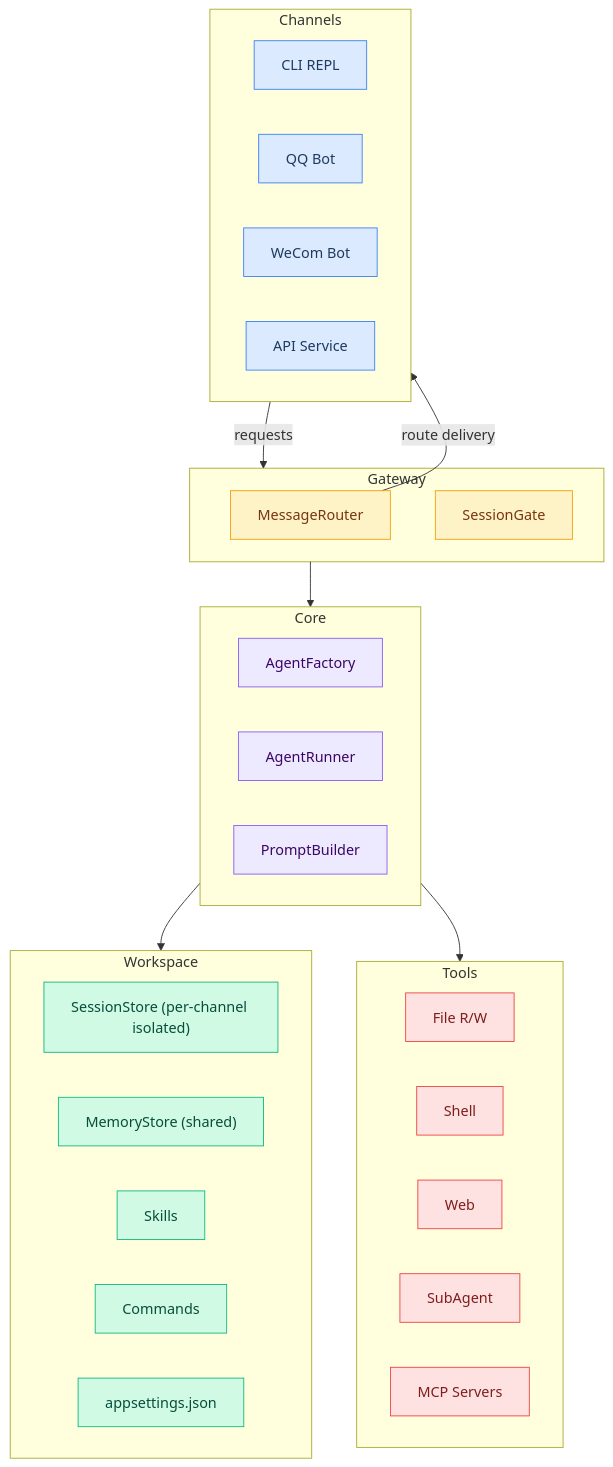
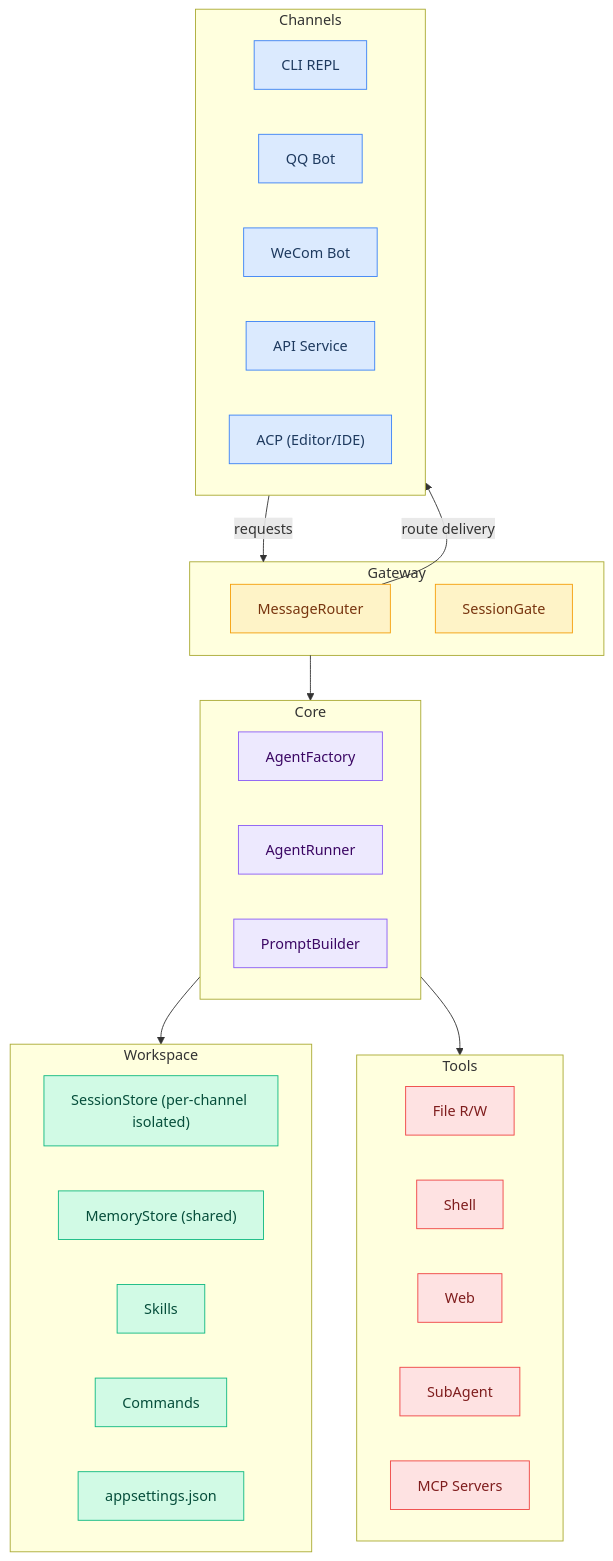
One commit to AkiKurisu/DotBot changed the diagram in README.md. Above: the diagram before and after it, drawn with Mermaid. The commit also changed other lines of this file and 18 other files, not shown here.

First line of the commit message:
feat: add ACP mode integration for editor/IDE support

````diff
--- a/README.md
+++ b/README.md
@@ -52,54 +52,55 @@
 ```mermaid
 flowchart TB
     subgraph channels [Channels]
         CLI[CLI REPL]
         QQ[QQ Bot]
         WeCom[WeCom Bot]
         API[API Service]
+        ACP["ACP (Editor/IDE)"]
     end
 
     subgraph gateway [Gateway]
         MsgRouter[MessageRouter]
         SessGate[SessionGate]
     end
 
     subgraph core [Core]
         AgentFactory[AgentFactory]
         AgentRunner[AgentRunner]
         PromptBuilder[PromptBuilder]
     end
 
     subgraph workspace [Workspace]
         SessionStore["SessionStore (per-channel isolated)"]
         MemoryStore["MemoryStore (shared)"]
         Skills[Skills]
         Commands[Commands]
         Config[appsettings.json]
     end
 
     subgraph tools [Tools]
         FileTools[File R/W]
         ShellTools[Shell]
         WebTools[Web]
         SubAgent[SubAgent]
         MCPServers[MCP Servers]
     end
 
     channels -->|requests| gateway
     gateway --> core
     core --> workspace
     core --> tools
     MsgRouter -->|route delivery| channels
 
     classDef channelStyle fill:#dbeafe,stroke:#3b82f6,color:#1e3a5f
     classDef gatewayStyle fill:#fef3c7,stroke:#f59e0b,color:#78350f
     classDef coreStyle fill:#ede9fe,stroke:#8b5cf6,color:#3b0764
     classDef workspaceStyle fill:#d1fae5,stroke:#10b981,color:#064e3b
     classDef toolStyle fill:#fee2e2,stroke:#ef4444,color:#7f1d1d
 
-    class CLI,QQ,WeCom,API channelStyle
+    class CLI,QQ,WeCom,API,ACP channelStyle
     class MsgRouter,SessGate gatewayStyle
     class AgentFactory,AgentRunner,PromptBuilder coreStyle
     class SessionStore,MemoryStore,Skills,Commands,Config workspaceStyle
     class FileTools,ShellTools,WebTools,SubAgent,MCPServers toolStyle
 ```
````
